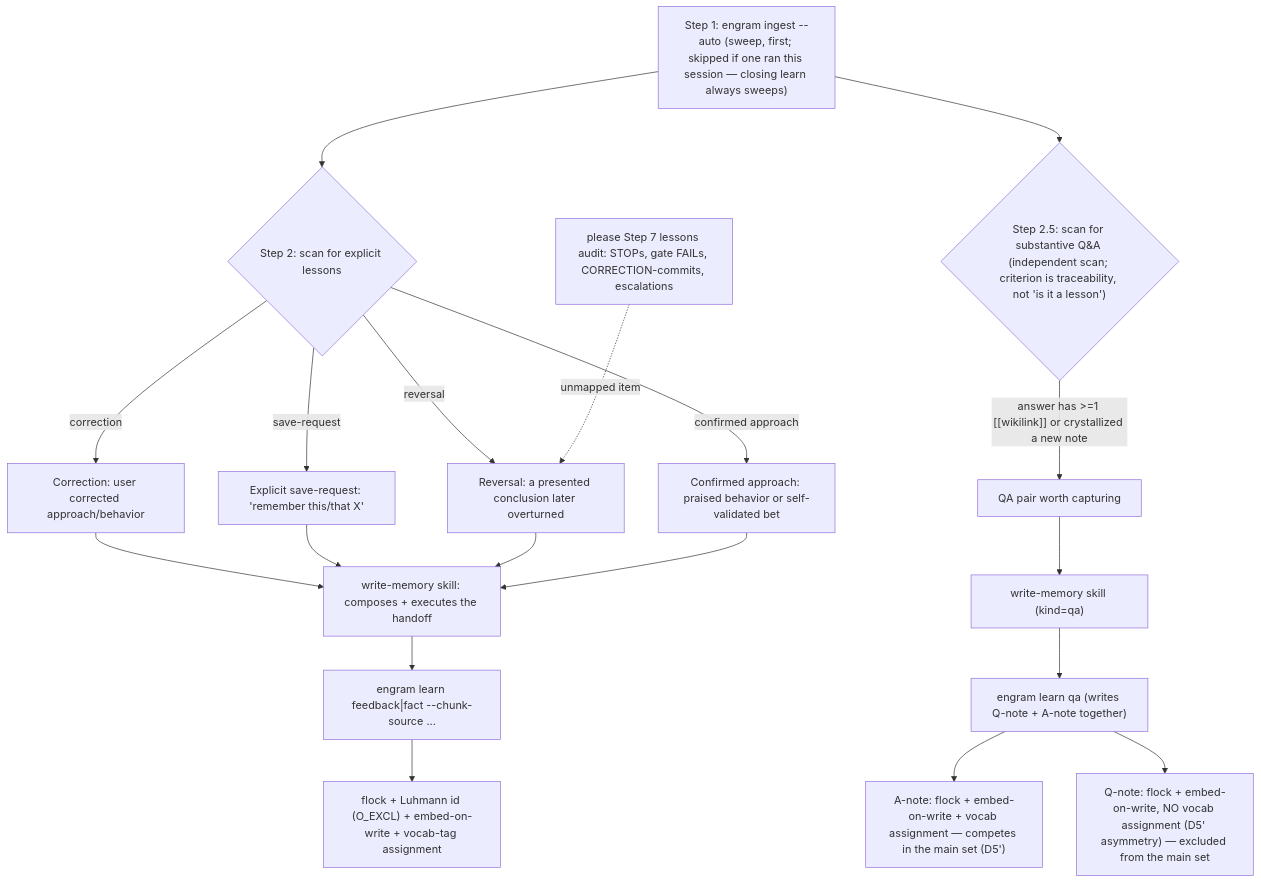
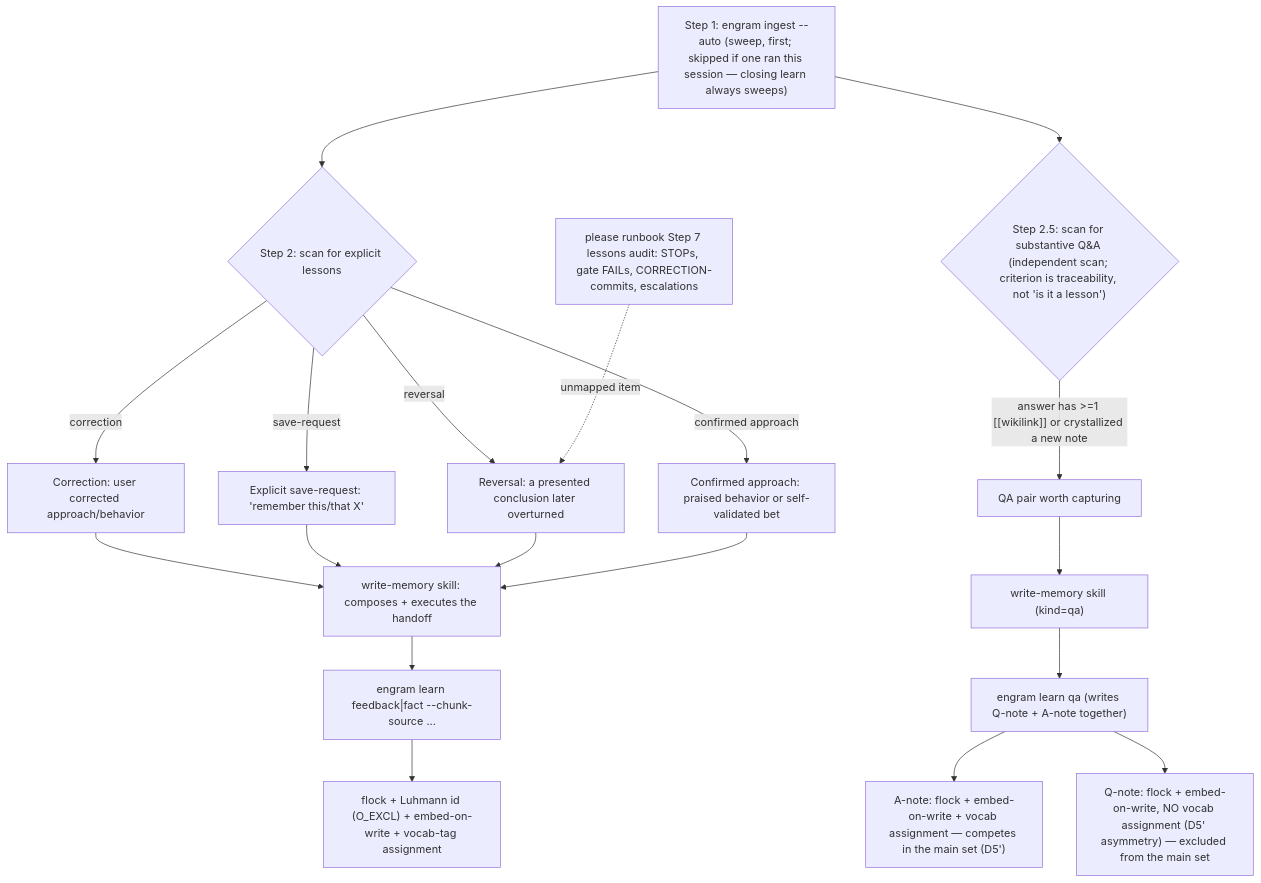
The sixth of 8 diagrams in docs/architecture/c2-containers.md (toejough/engram), drawn with Mermaid before and after one commit. The commit also changed other lines of this file and 17 other files, not shown here.

First line of the commit message:
feat(please): retire the please skill in favor of the runbook (triggers)

````diff
--- a/docs/architecture/c2-containers.md
+++ b/docs/architecture/c2-containers.md
@@ -210,24 +210,24 @@
 ```mermaid
 flowchart TD
     S["Step 1: engram ingest --auto (sweep, first; skipped if one ran this session — closing learn always sweeps)"] --> S2{"Step 2: scan for explicit lessons"}
     S --> S25{"Step 2.5: scan for substantive Q&A (independent scan; criterion is traceability, not 'is it a lesson')"}
     S2 -->|correction| CORR["Correction: user corrected approach/behavior"]
     S2 -->|save-request| SAVE["Explicit save-request: 'remember this/that X'"]
     S2 -->|reversal| REV["Reversal: a presented conclusion later overturned"]
     S2 -->|confirmed approach| CONF["Confirmed approach: praised behavior or self-validated bet"]
     S25 -->|"answer has >=1 [[wikilink]] or crystallized a new note"| QAK["QA pair worth capturing"]
-    P7["please Step 7 lessons audit: STOPs, gate FAILs, CORRECTION-commits, escalations"] -.->|"unmapped item"| REV
+    P7["please runbook Step 7 lessons audit: STOPs, gate FAILs, CORRECTION-commits, escalations"] -.->|"unmapped item"| REV
 
     CORR --> WM["write-memory skill: composes + executes the handoff"]
     SAVE --> WM
     REV --> WM
     CONF --> WM
     QAK --> WMQ["write-memory skill (kind=qa)"]
 
     WM --> L["engram learn feedback|fact --chunk-source ..."]
     WMQ --> LQ["engram learn qa (writes Q-note + A-note together)"]
 
     L --> CV["flock + Luhmann id (O_EXCL) + embed-on-write + vocab-tag assignment"]
     LQ --> CA["A-note: flock + embed-on-write + vocab assignment — competes in the main set (D5')"]
     LQ --> CQ["Q-note: flock + embed-on-write, NO vocab assignment (D5' asymmetry) — excluded from the main set"]
 ```
````
